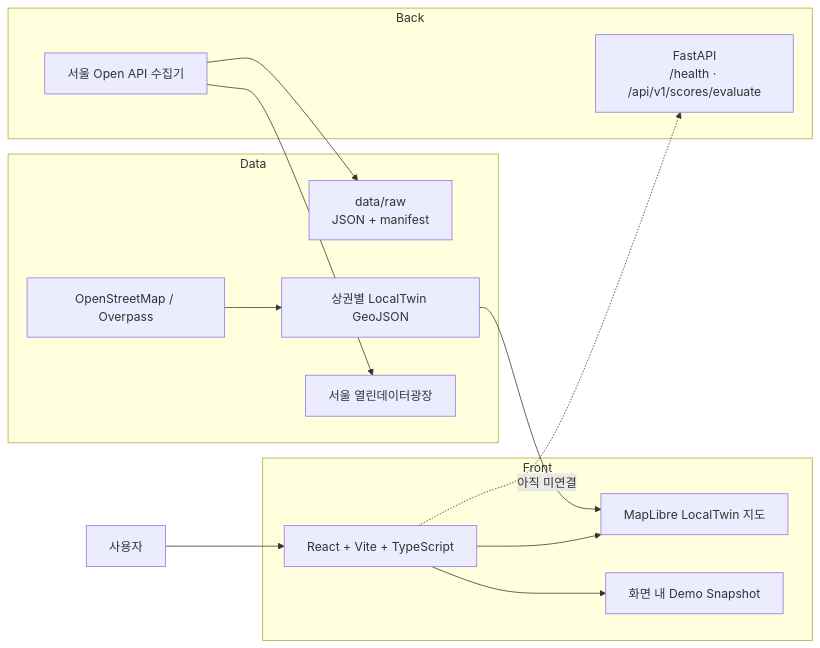
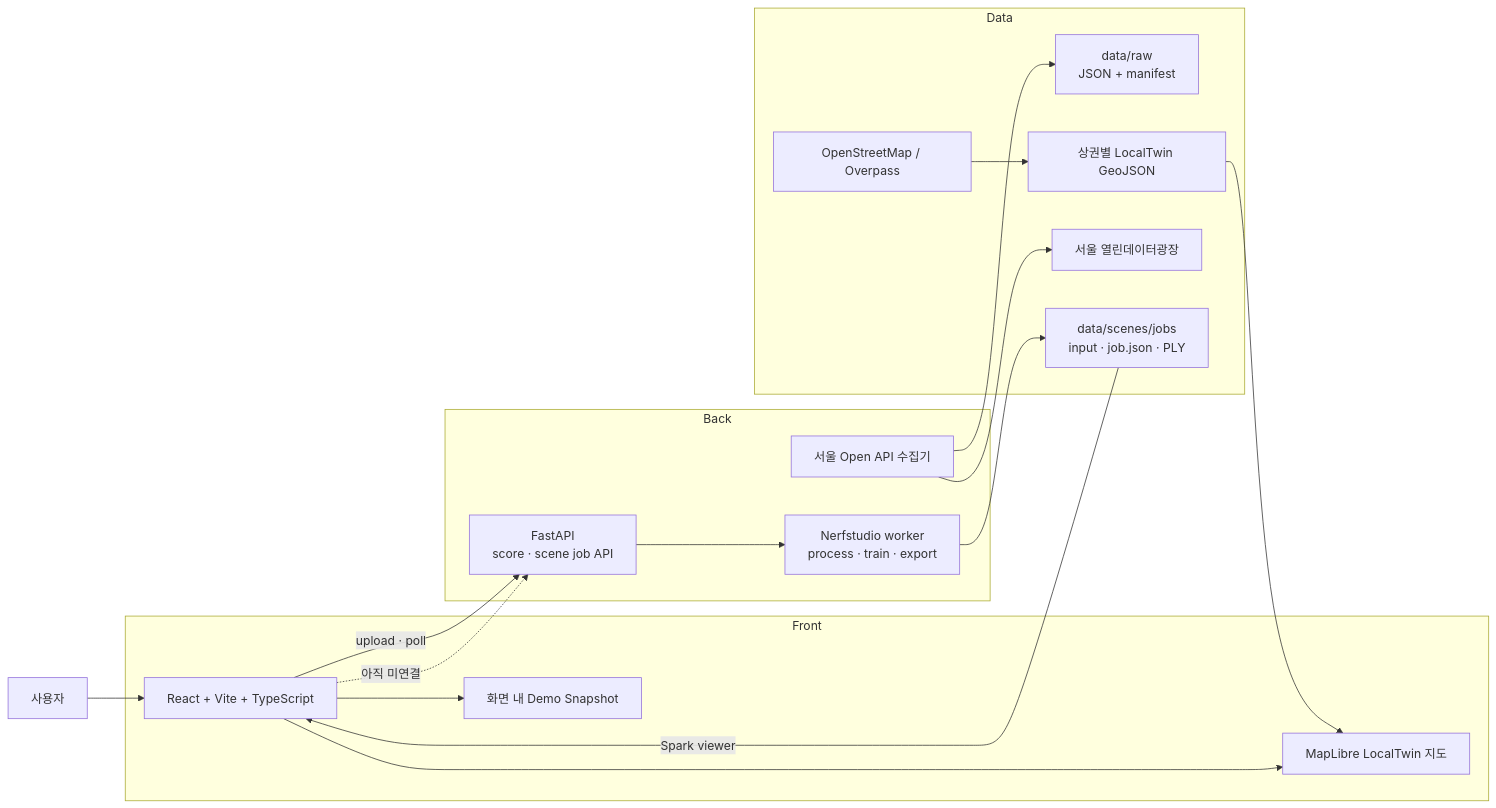
The first of 2 diagrams in docs/development/architecture.md (Mureung1/hub-showcase), drawn with Mermaid before and after one commit. The commit also changed other lines of this file and 2 other files, not shown here.

First line of the commit message:
docs(scene): record the automated scene boundary

````diff
--- a/docs/development/architecture.md
+++ b/docs/development/architecture.md
@@ -18,30 +18,36 @@
 ```mermaid
 flowchart LR
   user["사용자"]
 
   subgraph front["Front"]
     web["React + Vite + TypeScript"]
     map["MapLibre LocalTwin 지도"]
     demo["화면 내 Demo Snapshot"]
   end
 
   subgraph back["Back"]
-    api["FastAPI\n/health · /api/v1/scores/evaluate"]
+    api["FastAPI\nscore · scene job API"]
     collector["서울 Open API 수집기"]
+    sceneWorker["Nerfstudio worker\nprocess · train · export"]
   end
 
   subgraph data["Data"]
     raw["data/raw\nJSON + manifest"]
     osm["OpenStreetMap / Overpass"]
     mapdata["상권별 LocalTwin GeoJSON"]
     seoul["서울 열린데이터광장"]
+    sceneJobs["data/scenes/jobs\ninput · job.json · PLY"]
   end
 
   user --> web
   web --> map
   web --> demo
   osm --> mapdata --> map
   web -. "아직 미연결" .-> api
   collector --> seoul
   collector --> raw
+  web -->|"upload · poll"| api
+  api --> sceneWorker
+  sceneWorker --> sceneJobs
+  sceneJobs -->|"Spark viewer"| web
 ```
````
